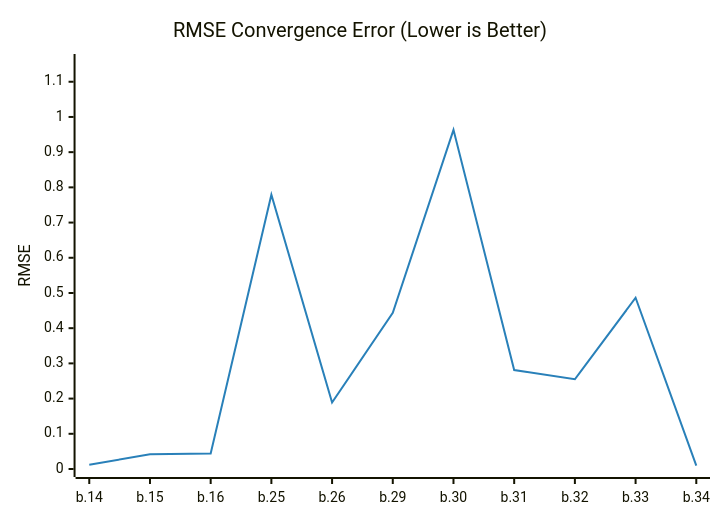
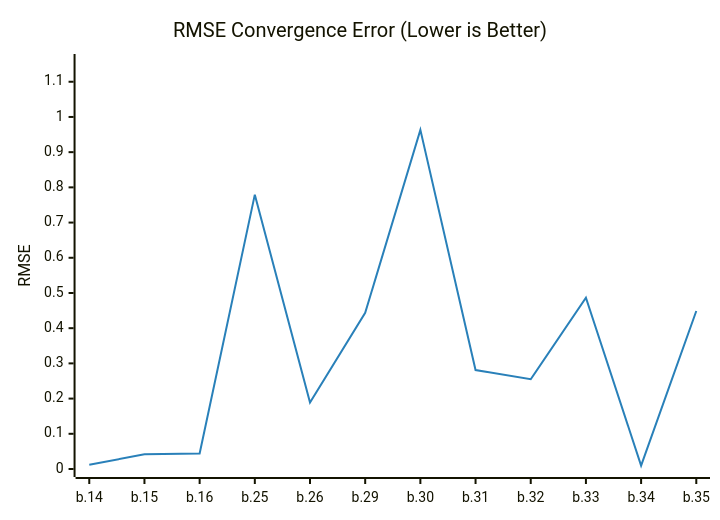
Before and after one commit to timo-eberl/tracy: the diagram in README.md, drawn with Mermaid. The commit also changed other lines of this file and 2 other files, not shown here.

````diff
--- a/README.md
+++ b/README.md
@@ -13,14 +13,14 @@
 ```mermaid
 ---
 config:
     theme: base
     themeVariables:
         xyChart:
             plotColorPalette: "#2980b9"
 ---
 xychart-beta
     title "RMSE Convergence Error (Lower is Better)"
-    x-axis ["b.14", "b.15", "b.16", "b.25", "b.26", "b.29", "b.30", "b.31", "b.32", "b.33", "b.34"]
+    x-axis ["b.14", "b.15", "b.16", "b.25", "b.26", "b.29", "b.30", "b.31", "b.32", "b.33", "b.34", "b.35"]
     y-axis "RMSE" 0 --> 1.1561
-    line [0.012064, 0.041607, 0.043946, 0.7793, 0.1888, 0.4436, 0.9634, 0.2812, 0.2549, 0.4864, 0.0098]
+    line [0.012064, 0.041607, 0.043946, 0.7793, 0.1888, 0.4436, 0.9634, 0.2812, 0.2549, 0.4864, 0.0098, 0.4489]
 ```
````
